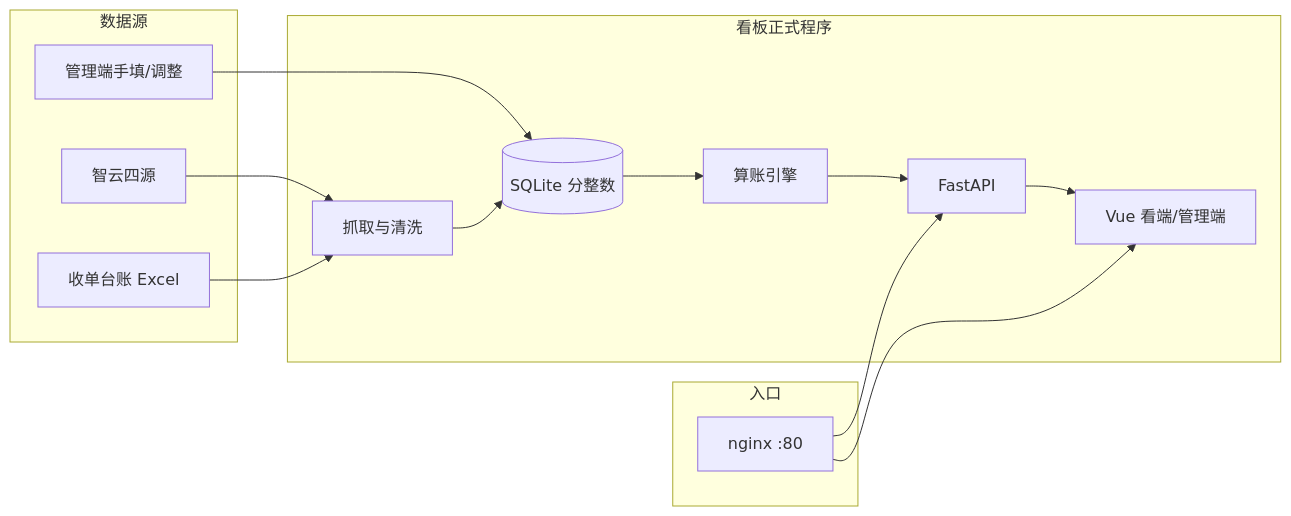
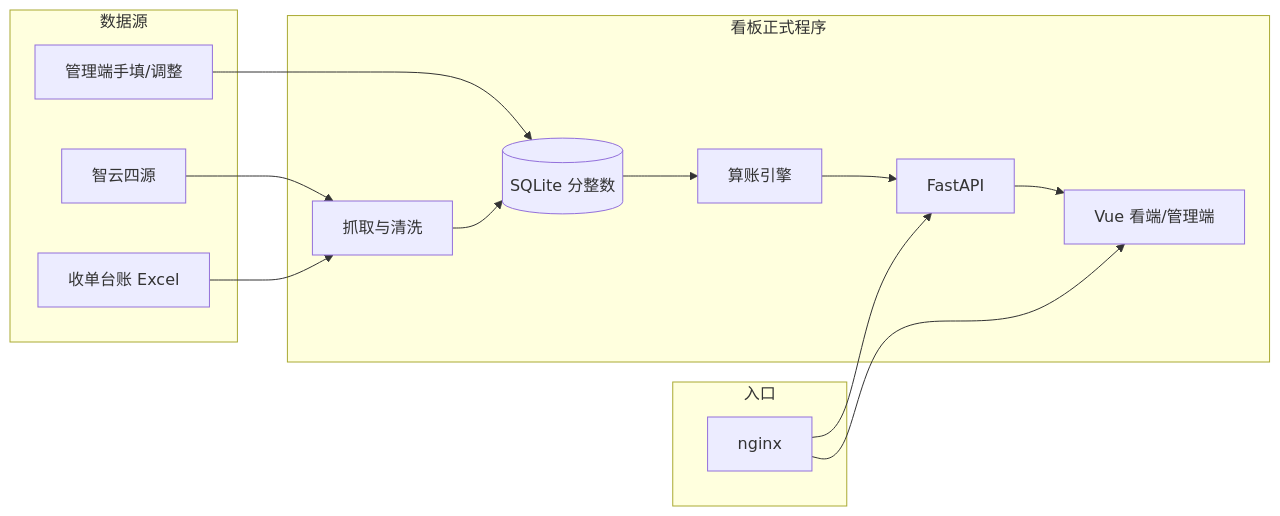
One commit to EvanLee2004/BI changed the diagram in README.md. Above: the diagram before and after it, drawn with Mermaid. The commit also changed other lines of this file, not shown here.

````diff
--- a/README.md
+++ b/README.md
@@ -220,27 +221,27 @@
 ```mermaid
 flowchart LR
   subgraph sources [数据源]
     ZY[智云四源]
     LD[收单台账 Excel]
     MF[管理端手填/调整]
   end
   subgraph app [看板正式程序]
     IN[抓取与清洗]
     DB[(SQLite 分整数)]
     ENG[算账引擎]
     API[FastAPI]
     VU[Vue 看端/管理端]
   end
   subgraph edge [入口]
-    NGX[nginx :80]
+    NGX[nginx]
   end
   ZY --> IN
   LD --> IN
   MF --> DB
   IN --> DB
   DB --> ENG
   ENG --> API
   API --> VU
   NGX --> VU
   NGX --> API
 ```
````
